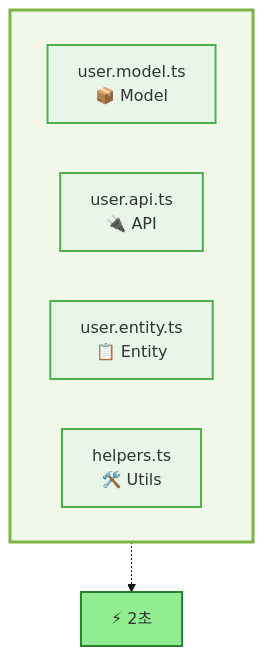
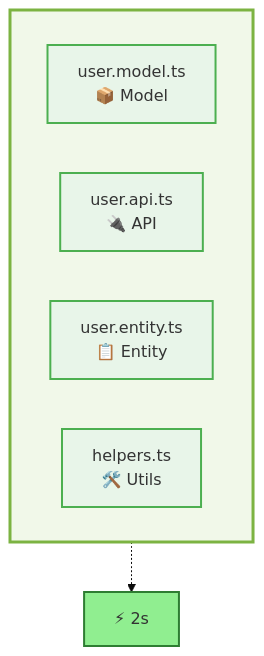
The first of 2 diagrams in modules/docs/en/tools-and-cli/hmr/boundaries.mdx (cartanova-ai/sonamu), drawn with Mermaid (base theme) before and after one commit. The commit also changed other lines of this file and 86 other files, not shown here.

````diff
--- a/modules/docs/en/tools-and-cli/hmr/boundaries.mdx
+++ b/modules/docs/en/tools-and-cli/hmr/boundaries.mdx
@@ -19,21 +19,21 @@
 ```mermaid
 graph TB
     subgraph boundary[" "]
         direction LR
         B1["user.model.ts<br/>📦 Model"]
         B2["user.api.ts<br/>🔌 API"]
         B3["user.entity.ts<br/>📋 Entity"]
         B4["helpers.ts<br/>🛠️ Utils"]
     end
-    
-    B1 -.-> R1["⚡ 2초"]:::fast
-    
+
+    B1 -.-> R1["⚡ 2s"]:::fast
+
     style B1 fill:#E8F5E9,stroke:#4CAF50,stroke-width:2px
     style B2 fill:#E8F5E9,stroke:#4CAF50,stroke-width:2px
     style B3 fill:#E8F5E9,stroke:#4CAF50,stroke-width:2px
     style B4 fill:#E8F5E9,stroke:#4CAF50,stroke-width:2px
-    
+
     style boundary fill:#F1F8E9,stroke:#7CB342,stroke-width:3px
-    
+
     classDef fast fill:#90EE90,stroke:#2E7D32,stroke-width:2px
 ```
````
